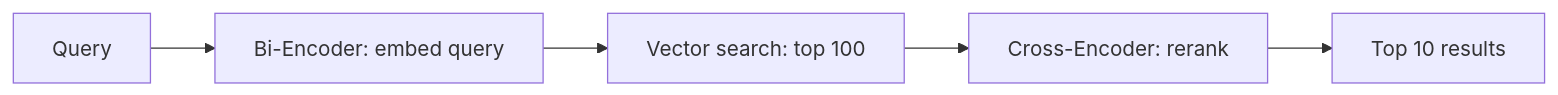
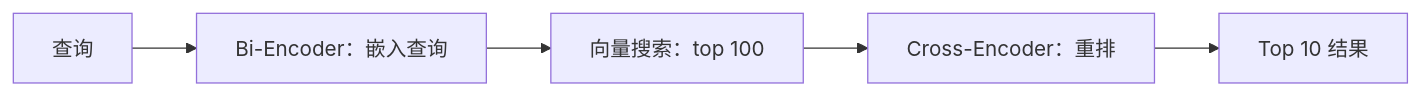
The third of 3 diagrams in phases/11-llm-engineering/04-embeddings/docs/zh.md (alessandrodinisio-ai/ai-engineering-learning-framework), drawn with Mermaid before and after one commit. The commit also changed other lines of this file and 120 other files, not shown here.

First line of the commit message:
i18n(mermaid): 337 个 mermaid 图表标签中文化

````diff
--- a/phases/11-llm-engineering/04-embeddings/docs/zh.md
+++ b/phases/11-llm-engineering/04-embeddings/docs/zh.md
@@ -192,7 +192,7 @@
 ```mermaid
 graph LR
-    Q["Query"] --> BE["Bi-Encoder: embed query"]
-    BE --> VS["Vector search: top 100"]
-    VS --> CE["Cross-Encoder: rerank"]
-    CE --> R["Top 10 results"]
+    Q["查询"] --> BE["Bi-Encoder：嵌入查询"]
+    BE --> VS["向量搜索：top 100"]
+    VS --> CE["Cross-Encoder：重排"]
+    CE --> R["Top 10 结果"]
 ```
````
